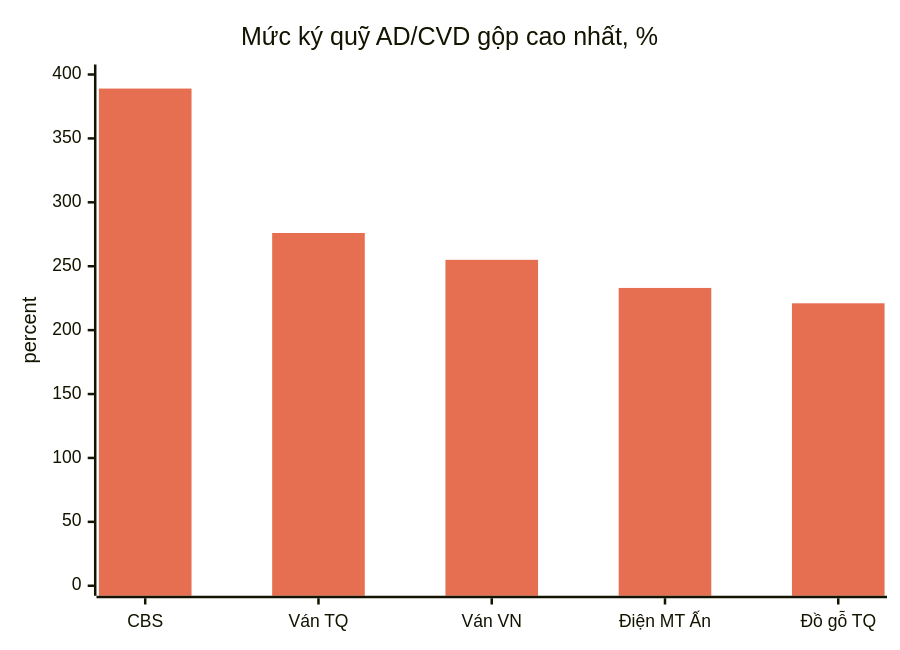
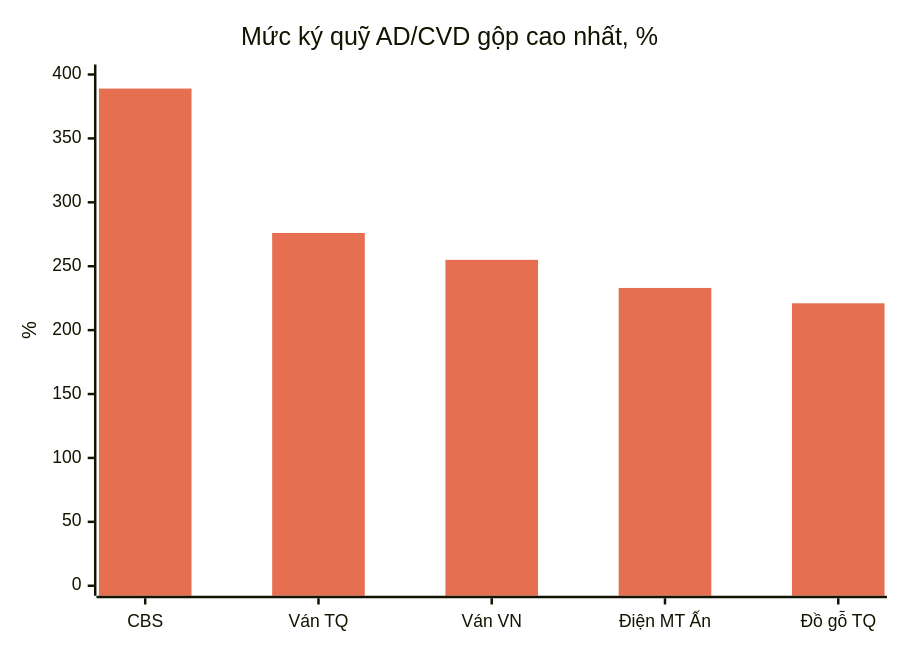
One commit to dureach/research changed the second of 15 diagrams in Global-Trade-Intelligence-weekly-2026-11-23/index.vi.md. Above: the diagram before and after it, drawn with Mermaid. The commit also changed other lines of this file and 5 other files, not shown here.

````diff
--- a/Global-Trade-Intelligence-weekly-2026-11-23/index.vi.md
+++ b/Global-Trade-Intelligence-weekly-2026-11-23/index.vi.md
@@ -229,8 +229,8 @@
 ```mermaid
 %%{init: {'theme': 'base', 'themeVariables': {'xyChart': {'plotColorPalette': '#e76f51'}}}}%%
 xychart-beta
     title "Mức ký quỹ AD/CVD gộp cao nhất, %"
     x-axis ["CBS", "Ván TQ", "Ván VN", "Điện MT Ấn", "Đồ gỗ TQ"]
-    y-axis "percent" 0 --> 400
+    y-axis "%" 0 --> 400
     bar [389, 276, 255, 233, 221]
 ```
````
